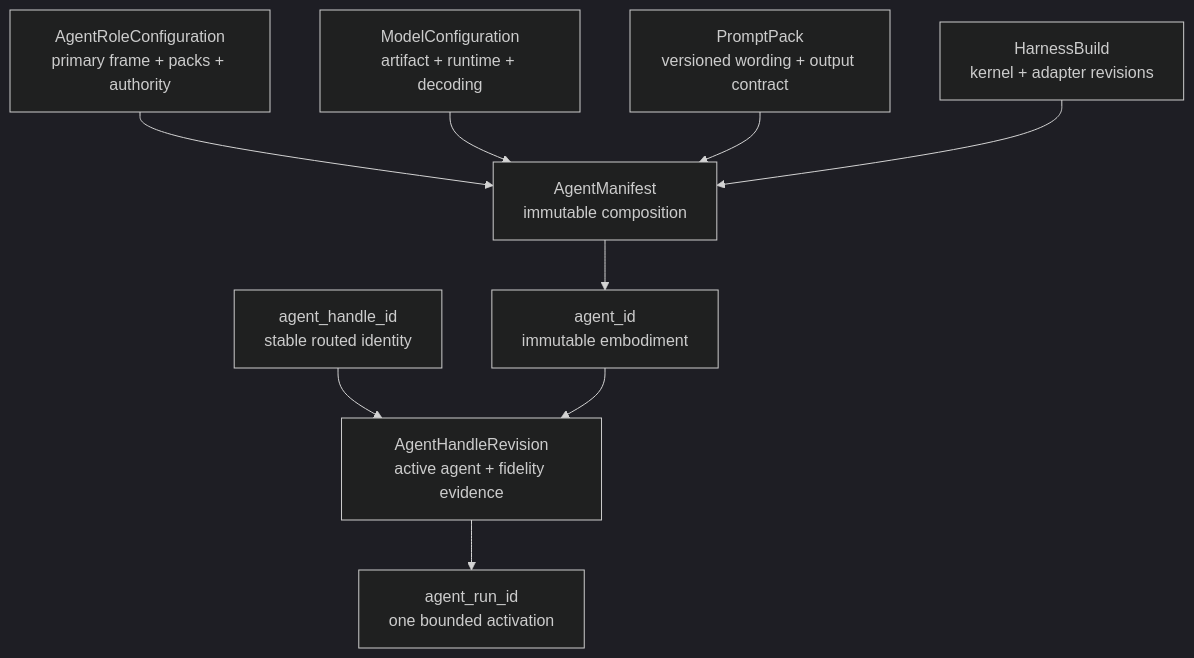
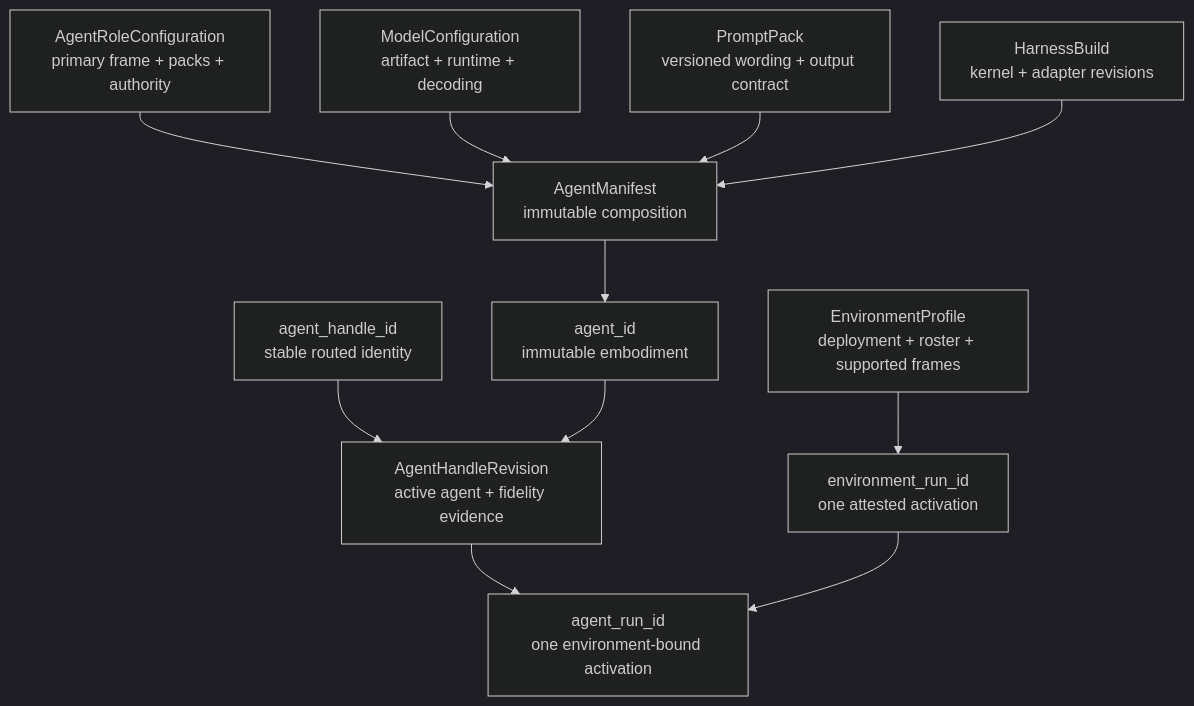
Before and after one commit to ieverythng/universal-agentic-harness: the first of 10 diagrams in docs/architecture/universal_agentic_harness_foundation.md, drawn with Mermaid (dark theme). The commit also changed other lines of this file and 26 other files, not shown here.

````diff
--- a/docs/architecture/universal_agentic_harness_foundation.md
+++ b/docs/architecture/universal_agentic_harness_foundation.md
@@ -150,21 +150,25 @@
 ```mermaid
-%% uah-render: Figure 1. Immutable role, agent, and activation identities
+%% uah-render: Figure 1. Immutable role, agent, environment, and activation identities
 flowchart TB
     Role["AgentRoleConfiguration<br/>primary frame + packs + authority"]:::semantic
     Model["ModelConfiguration<br/>artifact + runtime + decoding"]:::model
     Prompt["PromptPack<br/>versioned wording + output contract"]:::projection
     Harness["HarnessBuild<br/>kernel + adapter revisions"]:::compiler
     Manifest["AgentManifest<br/>immutable composition"]:::identity
     Agent["agent_id<br/>immutable embodiment"]:::identity
     Handle["agent_handle_id<br/>stable routed identity"]:::semantic
     HandleRevision["AgentHandleRevision<br/>active agent + fidelity evidence"]:::gate
-    Run["agent_run_id<br/>one bounded activation"]:::identity
+    EnvironmentProfile["EnvironmentProfile<br/>deployment + roster + supported frames"]:::domain
+    EnvironmentRun["environment_run_id<br/>one attested activation"]:::identity
+    Run["agent_run_id<br/>one environment-bound activation"]:::identity
     Role --> Manifest
     Model --> Manifest
     Prompt --> Manifest
     Harness --> Manifest
     Manifest --> Agent
     Handle --> HandleRevision
     Agent --> HandleRevision
+    EnvironmentProfile --> EnvironmentRun
     HandleRevision --> Run
+    EnvironmentRun --> Run
 ```
````
